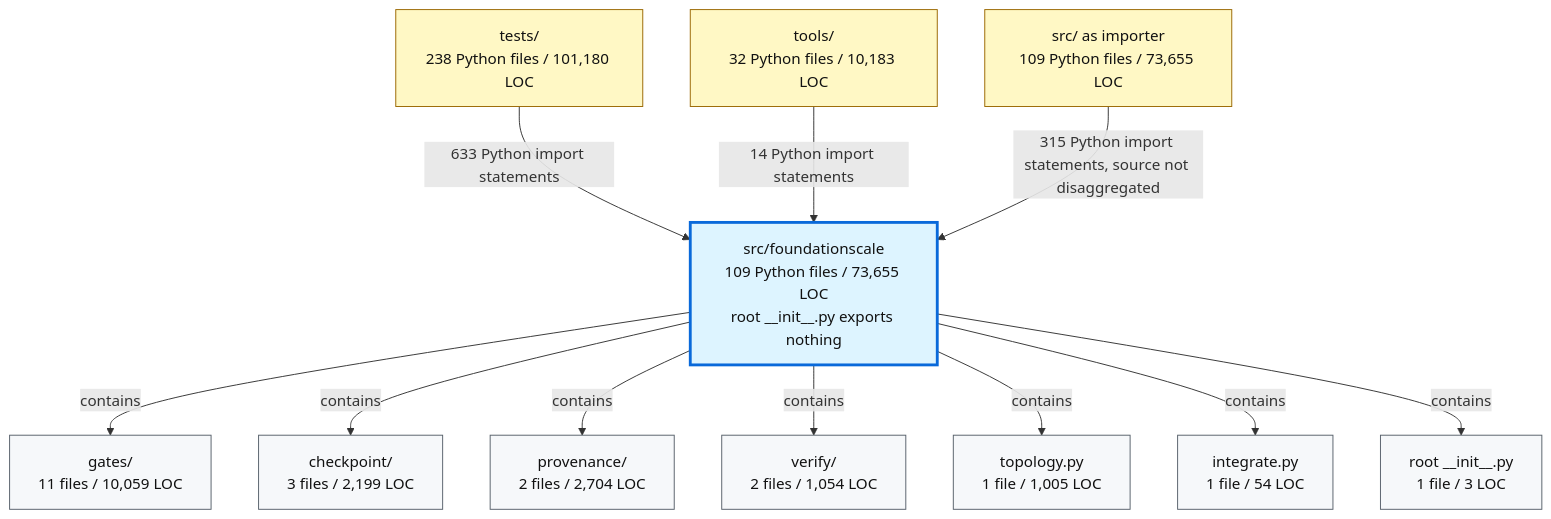
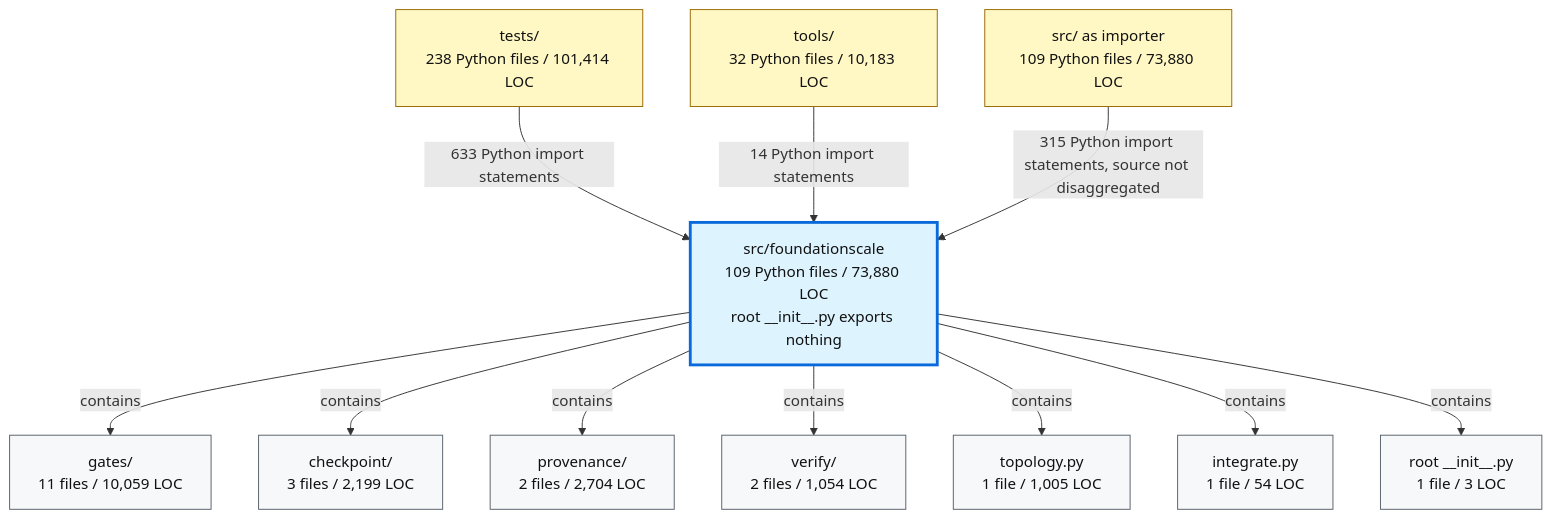
The second of 2 diagrams in docs/review/D2_current_architecture.md (TranNhiem/FoundationScale), drawn with Mermaid before and after one commit. The commit also changed other lines of this file and 15 other files, not shown here.

````diff
--- a/docs/review/D2_current_architecture.md
+++ b/docs/review/D2_current_architecture.md
@@ -97,36 +97,36 @@
 ```mermaid
 flowchart TB
-  TESTS["tests/<br/>238 Python files / 101,180 LOC"]
+  TESTS["tests/<br/>238 Python files / 101,414 LOC"]
   TOOLS["tools/<br/>32 Python files / 10,183 LOC"]
-  SRC["src/ as importer<br/>109 Python files / 73,655 LOC"]
+  SRC["src/ as importer<br/>109 Python files / 73,880 LOC"]
 
-  FS["src/foundationscale<br/>109 Python files / 73,655 LOC<br/>root __init__.py exports nothing"]
+  FS["src/foundationscale<br/>109 Python files / 73,880 LOC<br/>root __init__.py exports nothing"]
 
   GATES["gates/<br/>11 files / 10,059 LOC"]
   CKPT["checkpoint/<br/>3 files / 2,199 LOC"]
   PROV["provenance/<br/>2 files / 2,704 LOC"]
   VERIFY["verify/<br/>2 files / 1,054 LOC"]
   TOPO["topology.py<br/>1 file / 1,005 LOC"]
   INTEG["integrate.py<br/>1 file / 54 LOC"]
   ROOT["root __init__.py<br/>1 file / 3 LOC"]
 
   TESTS -->|"633 Python import statements"| FS
   TOOLS -->|"14 Python import statements"| FS
   SRC -->|"315 Python import statements, source not disaggregated"| FS
 
   FS -->|"contains"| GATES
   FS -->|"contains"| CKPT
   FS -->|"contains"| PROV
   FS -->|"contains"| VERIFY
   FS -->|"contains"| TOPO
   FS -->|"contains"| INTEG
   FS -->|"contains"| ROOT
 
   classDef consumer fill:#fff8c5,stroke:#9a6700,color:#111;
   classDef package fill:#ddf4ff,stroke:#0969da,stroke-width:3px,color:#111;
   classDef module fill:#f6f8fa,stroke:#57606a,color:#111;
 
   class TESTS,TOOLS,SRC consumer;
   class FS package;
   class GATES,CKPT,PROV,VERIFY,TOPO,INTEG,ROOT module;
 ```
````
